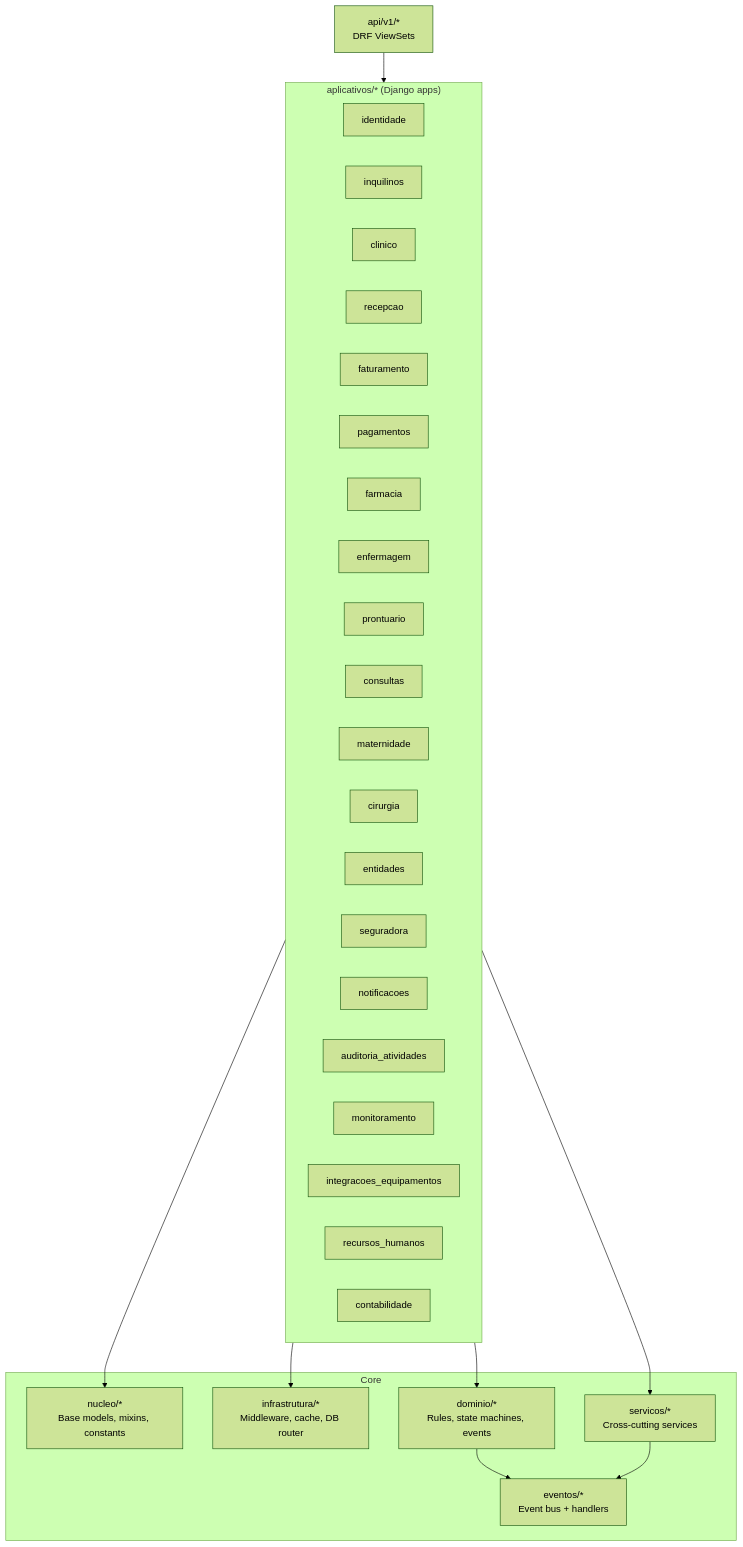
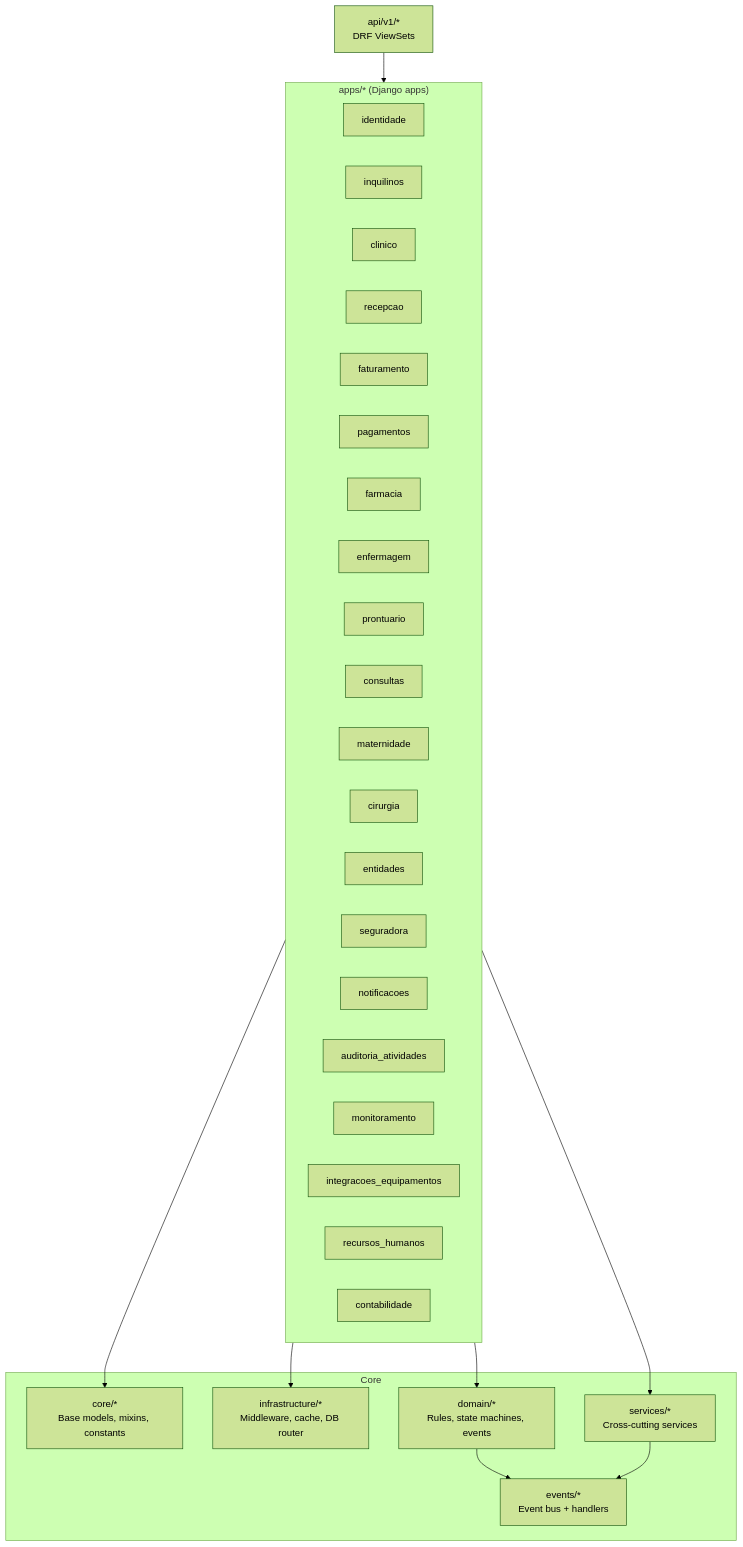
Before and after one commit to abdultrato/substrato: the second of 3 diagrams in SYSTEM_BLUEPRINT.md, drawn with Mermaid (forest theme). The commit also changed other lines of this file and 121 other files, not shown here.

````diff
--- a/SYSTEM_BLUEPRINT.md
+++ b/SYSTEM_BLUEPRINT.md
@@ -515,41 +515,41 @@
 ```mermaid
 flowchart TB
   subgraph Core
-    NUC[nucleo/*\nBase models, mixins, constants]
-    INF[infrastrutura/*\nMiddleware, cache, DB router]
-    DOM[dominio/*\nRules, state machines, events]
-    EVT[eventos/*\nEvent bus + handlers]
-    SRV[servicos/*\nCross-cutting services]
+    NUC[core/*\nBase models, mixins, constants]
+    INF[infrastructure/*\nMiddleware, cache, DB router]
+    DOM[domain/*\nRules, state machines, events]
+    EVT[events/*\nEvent bus + handlers]
+    SRV[services/*\nCross-cutting services]
   end
 
-  subgraph Apps["aplicativos/* (Django apps)"]
+  subgraph Apps["apps/* (Django apps)"]
     ID[identidade]
     TEN[inquilinos]
     CLI[clinico]
     REC[recepcao]
     FAT[faturamento]
     PAG[pagamentos]
     FAR[farmacia]
     ENF[enfermagem]
     PRO[prontuario]
     CON[consultas]
     MAT[maternidade]
     CIR[cirurgia]
     ENT[entidades]
     SEG[seguradora]
     NOT[notificacoes]
     AUD[auditoria_atividades]
     MON[monitoramento]
     INT[integracoes_equipamentos]
     RH[recursos_humanos]
     ACC[contabilidade]
   end
 
   API[api/v1/*\nDRF ViewSets] --> Apps
   Apps --> NUC
   Apps --> INF
   Apps --> DOM
   Apps --> SRV
   DOM --> EVT
   SRV --> EVT
 ```
````
